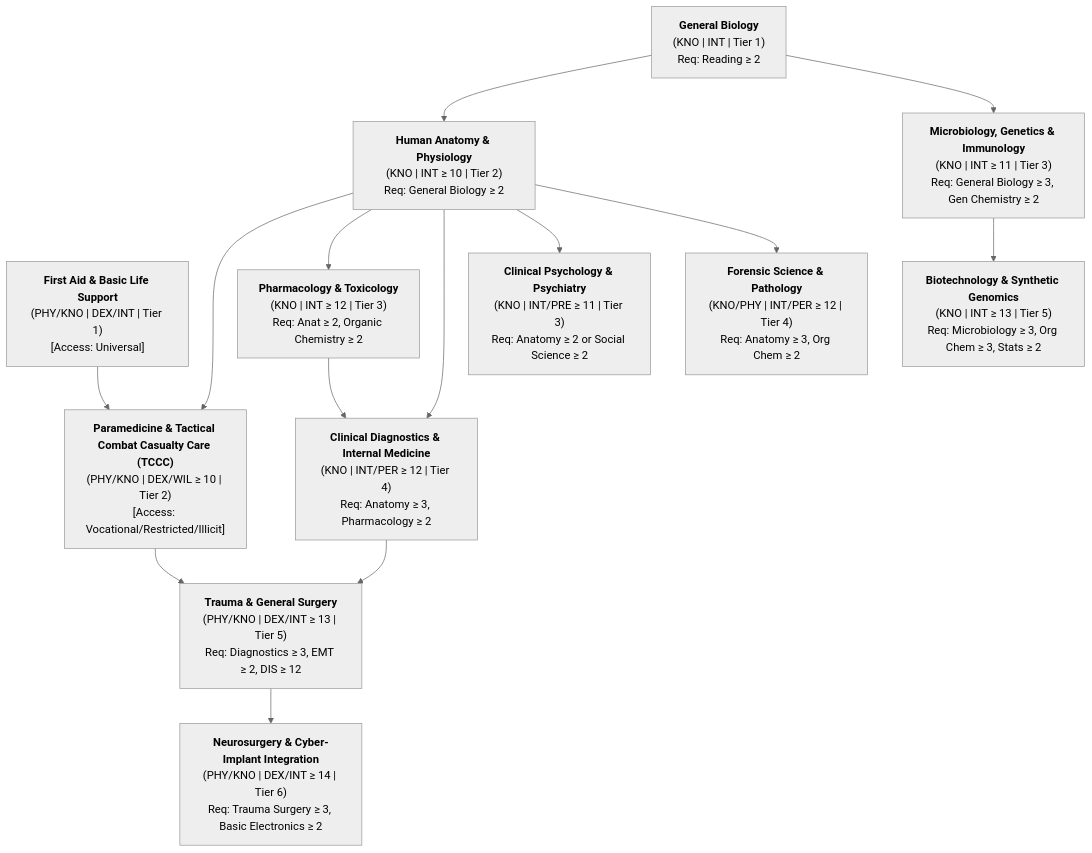
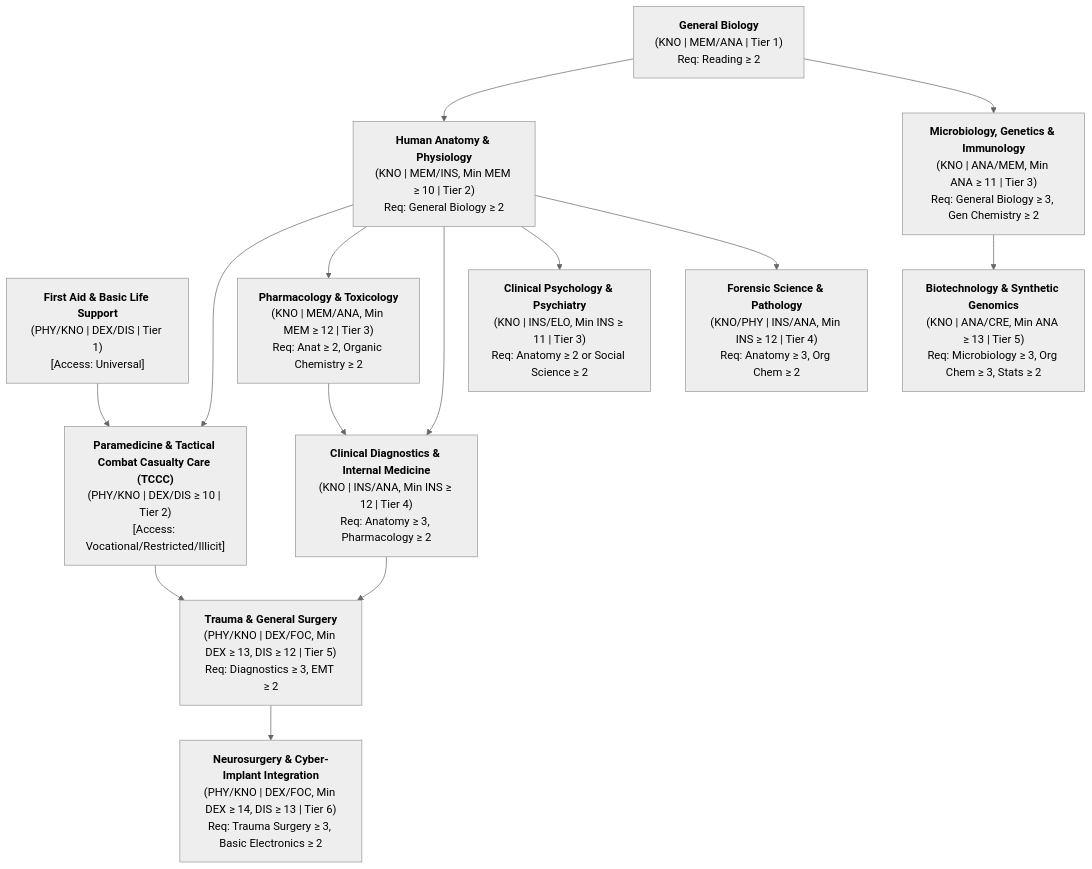
One commit to rarebreed/satya changed the fourth of 9 diagrams in docs/ttrpg/skill-design.md. Above: the diagram before and after it, drawn with Mermaid (neutral theme). The commit also changed other lines of this file and 1 other file, not shown here.

````diff
--- a/docs/ttrpg/skill-design.md
+++ b/docs/ttrpg/skill-design.md
@@ -354,29 +384,29 @@
 ```mermaid
 flowchart TD
-    FirstAid["<b>First Aid & Basic Life Support</b><br/>(PHY/KNO | DEX/INT | Tier 1)<br/>[Access: Universal]"]
-    GenBio["<b>General Biology</b><br/>(KNO | INT | Tier 1)<br/>Req: Reading ≥ 2"]
-    EMT["<b>Paramedicine & Tactical Combat Casualty Care (TCCC)</b><br/>(PHY/KNO | DEX/WIL ≥ 10 | Tier 2)<br/>[Access: Vocational/Restricted/Illicit]"]
-    Anat["<b>Human Anatomy & Physiology</b><br/>(KNO | INT ≥ 10 | Tier 2)<br/>Req: General Biology ≥ 2"]
-    MicroBio["<b>Microbiology, Genetics & Immunology</b><br/>(KNO | INT ≥ 11 | Tier 3)<br/>Req: General Biology ≥ 3, Gen Chemistry ≥ 2"]
-    Pharm["<b>Pharmacology & Toxicology</b><br/>(KNO | INT ≥ 12 | Tier 3)<br/>Req: Anat ≥ 2, Organic Chemistry ≥ 2"]
-    Diag["<b>Clinical Diagnostics & Internal Medicine</b><br/>(KNO | INT/PER ≥ 12 | Tier 4)<br/>Req: Anatomy ≥ 3, Pharmacology ≥ 2"]
-    Psych["<b>Clinical Psychology & Psychiatry</b><br/>(KNO | INT/PRE ≥ 11 | Tier 3)<br/>Req: Anatomy ≥ 2 or Social Science ≥ 2"]
-    Forensic["<b>Forensic Science & Pathology</b><br/>(KNO/PHY | INT/PER ≥ 12 | Tier 4)<br/>Req: Anatomy ≥ 3, Org Chem ≥ 2"]
-    TraumaSurg["<b>Trauma & General Surgery</b><br/>(PHY/KNO | DEX/INT ≥ 13 | Tier 5)<br/>Req: Diagnostics ≥ 3, EMT ≥ 2, DIS ≥ 12"]
-    NeuroCyber["<b>Neurosurgery & Cyber-Implant Integration</b><br/>(PHY/KNO | DEX/INT ≥ 14 | Tier 6)<br/>Req: Trauma Surgery ≥ 3, Basic Electronics ≥ 2"]
-    CRISPR["<b>Biotechnology & Synthetic Genomics</b><br/>(KNO | INT ≥ 13 | Tier 5)<br/>Req: Microbiology ≥ 3, Org Chem ≥ 3, Stats ≥ 2"]
+    FirstAid["<b>First Aid & Basic Life Support</b><br/>(PHY/KNO | DEX/DIS | Tier 1)<br/>[Access: Universal]"]
+    GenBio["<b>General Biology</b><br/>(KNO | MEM/ANA | Tier 1)<br/>Req: Reading ≥ 2"]
+    EMT["<b>Paramedicine & Tactical Combat Casualty Care (TCCC)</b><br/>(PHY/KNO | DEX/DIS ≥ 10 | Tier 2)<br/>[Access: Vocational/Restricted/Illicit]"]
+    Anat["<b>Human Anatomy & Physiology</b><br/>(KNO | MEM/INS, Min MEM ≥ 10 | Tier 2)<br/>Req: General Biology ≥ 2"]
+    MicroBio["<b>Microbiology, Genetics & Immunology</b><br/>(KNO | ANA/MEM, Min ANA ≥ 11 | Tier 3)<br/>Req: General Biology ≥ 3, Gen Chemistry ≥ 2"]
+    Pharm["<b>Pharmacology & Toxicology</b><br/>(KNO | MEM/ANA, Min MEM ≥ 12 | Tier 3)<br/>Req: Anat ≥ 2, Organic Chemistry ≥ 2"]
+    Diag["<b>Clinical Diagnostics & Internal Medicine</b><br/>(KNO | INS/ANA, Min INS ≥ 12 | Tier 4)<br/>Req: Anatomy ≥ 3, Pharmacology ≥ 2"]
+    Psych["<b>Clinical Psychology & Psychiatry</b><br/>(KNO | INS/ELO, Min INS ≥ 11 | Tier 3)<br/>Req: Anatomy ≥ 2 or Social Science ≥ 2"]
+    Forensic["<b>Forensic Science & Pathology</b><br/>(KNO/PHY | INS/ANA, Min INS ≥ 12 | Tier 4)<br/>Req: Anatomy ≥ 3, Org Chem ≥ 2"]
+    TraumaSurg["<b>Trauma & General Surgery</b><br/>(PHY/KNO | DEX/FOC, Min DEX ≥ 13, DIS ≥ 12 | Tier 5)<br/>Req: Diagnostics ≥ 3, EMT ≥ 2"]
+    NeuroCyber["<b>Neurosurgery & Cyber-Implant Integration</b><br/>(PHY/KNO | DEX/FOC, Min DEX ≥ 14, DIS ≥ 13 | Tier 6)<br/>Req: Trauma Surgery ≥ 3, Basic Electronics ≥ 2"]
+    CRISPR["<b>Biotechnology & Synthetic Genomics</b><br/>(KNO | ANA/CRE, Min ANA ≥ 13 | Tier 5)<br/>Req: Microbiology ≥ 3, Org Chem ≥ 3, Stats ≥ 2"]
 
     FirstAid --> EMT
     GenBio --> Anat
     GenBio --> MicroBio
     Anat --> EMT
     Anat --> Pharm
     Anat --> Diag
     Anat --> Psych
     Anat --> Forensic
     Pharm --> Diag
     Diag --> TraumaSurg
     EMT --> TraumaSurg
     TraumaSurg --> NeuroCyber
     MicroBio --> CRISPR
 ```
````
